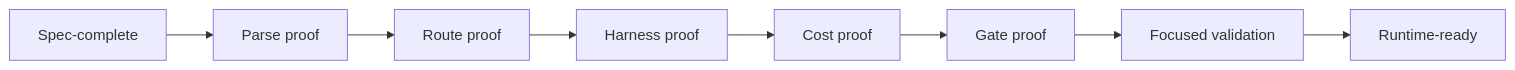
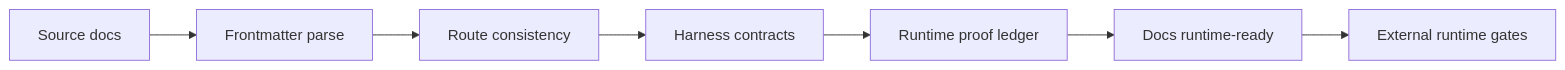
One commit to huijoohwee/huijoohwee changed the diagram in agentic-os-docs/RUNTIME-READINESS.md. Above: the diagram before and after it, drawn with Mermaid. The commit also changed other lines of this file and 6492 other files, not shown here.

````diff
--- a/agentic-os-docs/RUNTIME-READINESS.md
+++ b/agentic-os-docs/RUNTIME-READINESS.md
@@ -56,13 +152,13 @@
 ```mermaid
 flowchart LR
-  spec["Spec-complete"]
-  parse["Parse proof"]
-  route["Route proof"]
-  harness["Harness proof"]
-  cost["Cost proof"]
-  gates["Gate proof"]
-  validation["Focused validation"]
-  runtime["Runtime-ready"]
+  source["Source docs"]
+  parse["Frontmatter parse"]
+  route["Route consistency"]
+  harness["Harness contracts"]
+  proof["Runtime proof ledger"]
+  docs["Docs runtime-ready"]
+  external["External runtime gates"]
 
-  spec --> parse --> route --> harness --> cost --> gates --> validation --> runtime
+  source --> parse --> route --> harness --> proof --> docs
+  docs --> external
 ```
````
